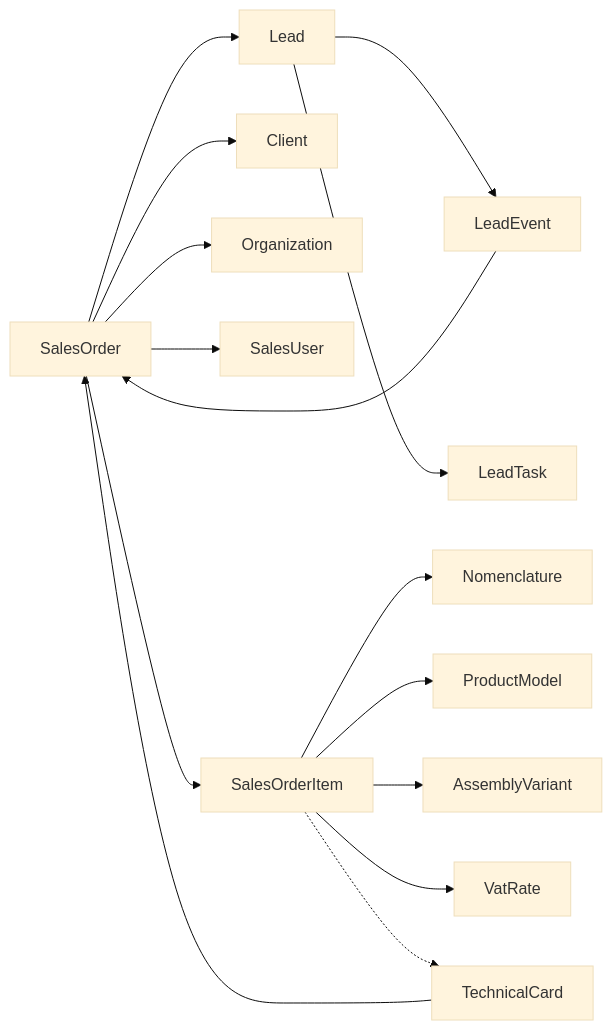
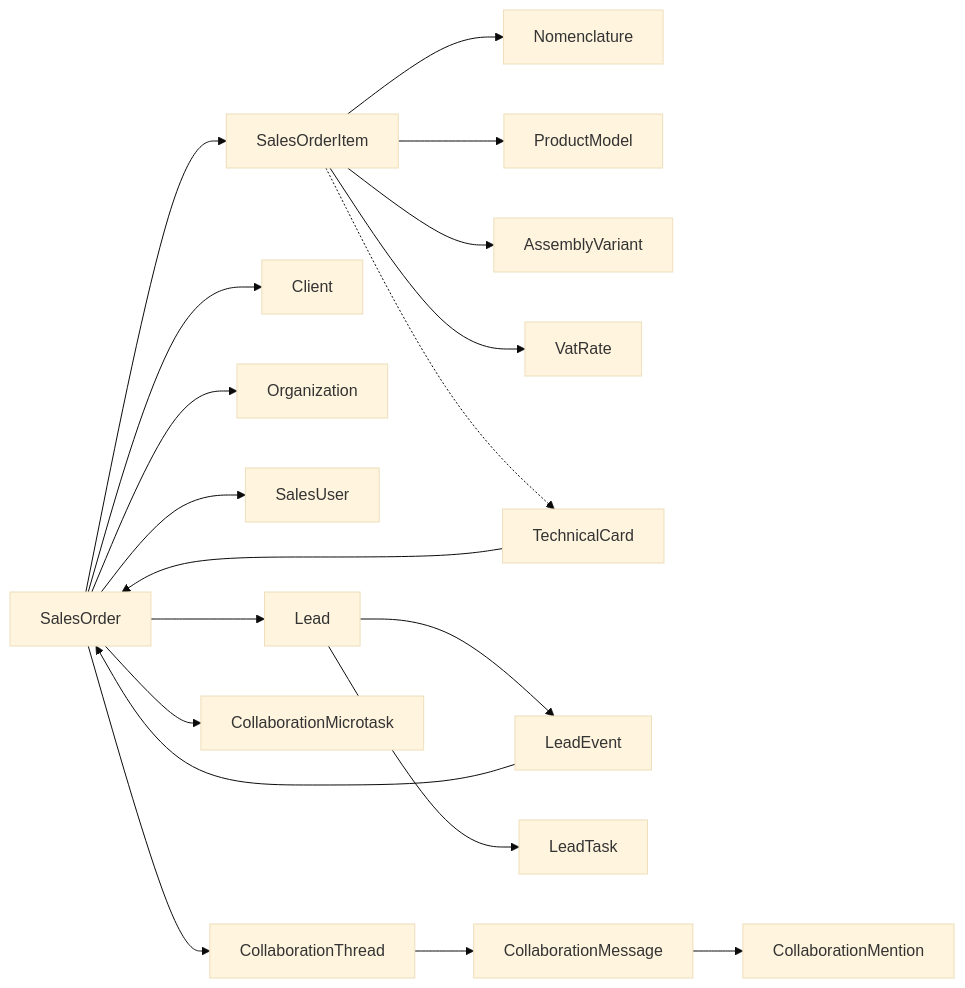
Before and after one commit to timurin/sport-leads: the diagram in docs/architecture/order-card-field-links.md, drawn with Mermaid (base theme). The commit also changed other lines of this file and 369 other files, not shown here.

````diff
--- a/docs/architecture/order-card-field-links.md
+++ b/docs/architecture/order-card-field-links.md
@@ -14,17 +14,21 @@
 ```mermaid
 flowchart LR
   SalesOrder --> Lead
   SalesOrder --> Client
   SalesOrder --> Organization
   SalesOrder --> SalesUser
   SalesOrder --> SalesOrderItem
   SalesOrderItem --> Nomenclature
   SalesOrderItem --> ProductModel
   SalesOrderItem --> AssemblyVariant
   SalesOrderItem --> VatRate
   SalesOrderItem -.-> TechnicalCard
   TechnicalCard --> SalesOrder
   Lead --> LeadEvent
   Lead --> LeadTask
   LeadEvent --> SalesOrder
+  SalesOrder --> CollaborationThread
+  CollaborationThread --> CollaborationMessage
+  CollaborationMessage --> CollaborationMention
+  SalesOrder --> CollaborationMicrotask
 ```
````
